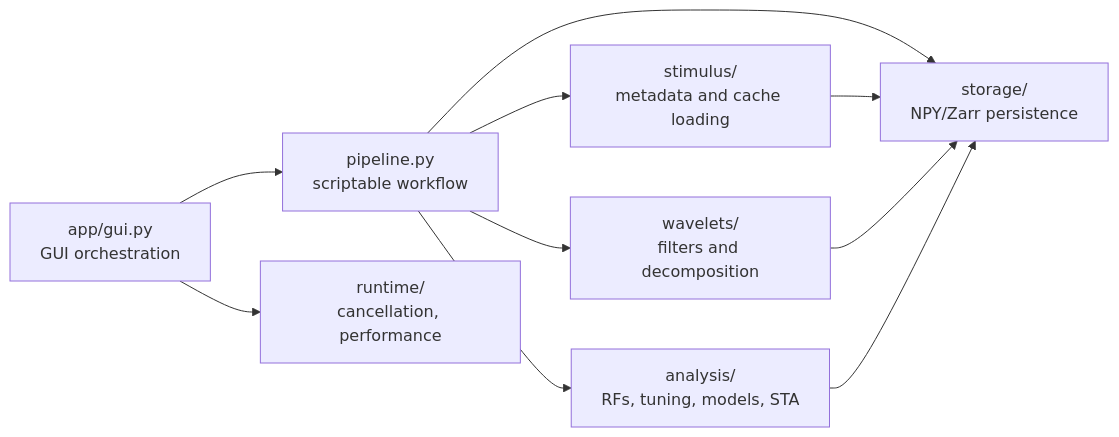
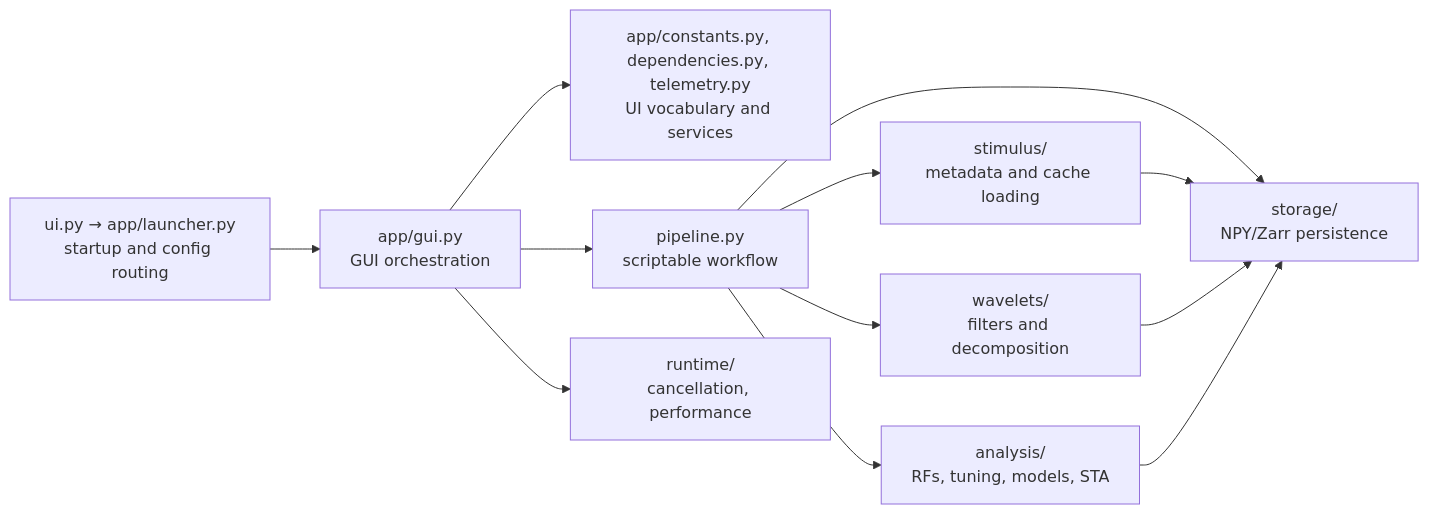
One commit to abdwaleed/waven changed the diagram in docs/reference/source-architecture.md. Above: the diagram before and after it, drawn with Mermaid. The commit also changed other lines of this file and 13 other files, not shown here.

````diff
--- a/docs/reference/source-architecture.md
+++ b/docs/reference/source-architecture.md
@@ -10,12 +10,14 @@
 ```mermaid
 flowchart LR
+    Launcher["ui.py → app/launcher.py\nstartup and config routing"] --> App["app/gui.py\nGUI orchestration"]
+    App --> AppServices["app/constants.py, dependencies.py, telemetry.py\nUI vocabulary and services"]
     App["app/gui.py\nGUI orchestration"] --> Pipeline["pipeline.py\nscriptable workflow"]
     App --> Runtime["runtime/\ncancellation, performance"]
     Pipeline --> Stimulus["stimulus/\nmetadata and cache loading"]
     Pipeline --> Wavelets["wavelets/\nfilters and decomposition"]
     Pipeline --> Analysis["analysis/\nRFs, tuning, models, STA"]
     Pipeline --> Storage["storage/\nNPY/Zarr persistence"]
     Stimulus --> Storage
     Wavelets --> Storage
     Analysis --> Storage
 ```
````
